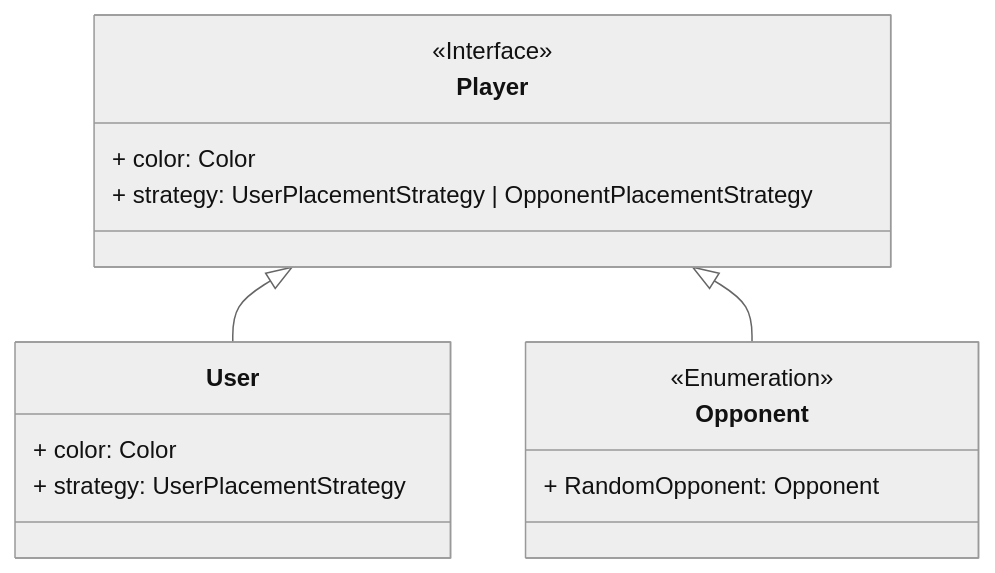
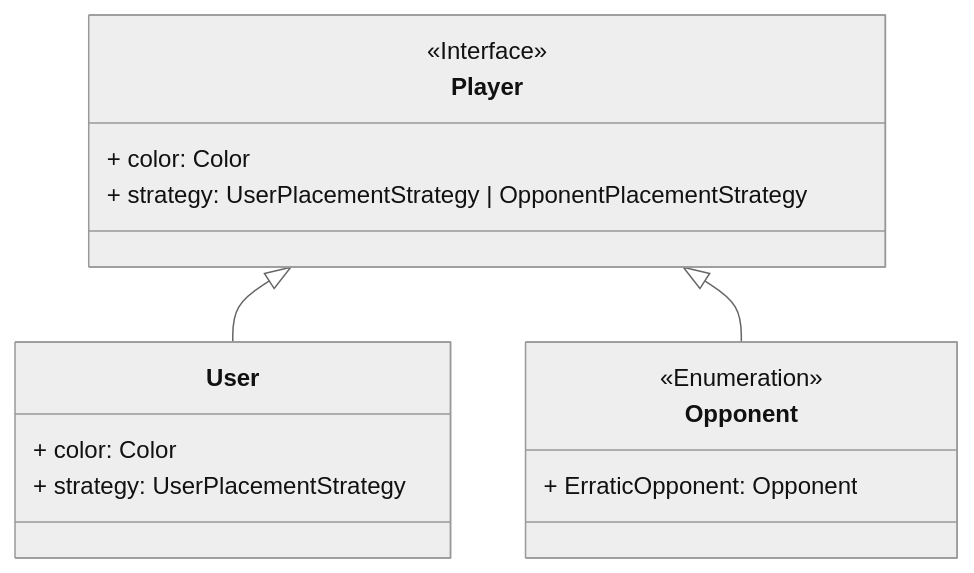
The second of 11 diagrams in docs/report/5-detailed-design.md (Borgotto/PPS-25-scalatello), drawn with Mermaid (neutral theme) before and after one commit. The commit also changed other lines of this file and 12 other files, not shown here.

Commit message:
change name of "random" opponent to "erratic"

````diff
--- a/docs/report/5-detailed-design.md
+++ b/docs/report/5-detailed-design.md
@@ -43,17 +43,17 @@
 ```mermaid
 classDiagram
     class Player <<Interface>> {
         + color: Color
         + strategy: UserPlacementStrategy | OpponentPlacementStrategy
     }
     class User {
         + color: Color
         + strategy: UserPlacementStrategy
     }
     class Opponent <<Enumeration>> {
-        + RandomOpponent: Opponent
+        + ErraticOpponent: Opponent
     }
 
     Player <|-- User
     Player <|-- Opponent
 ```
````
